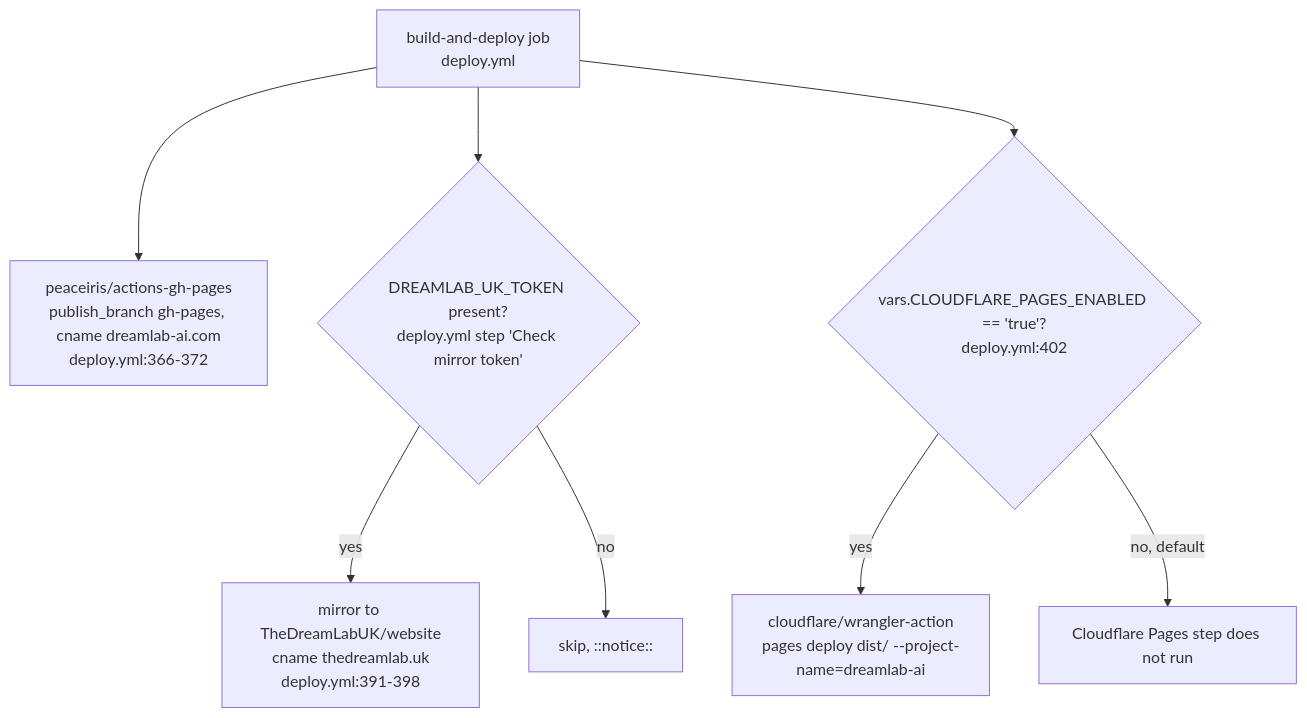
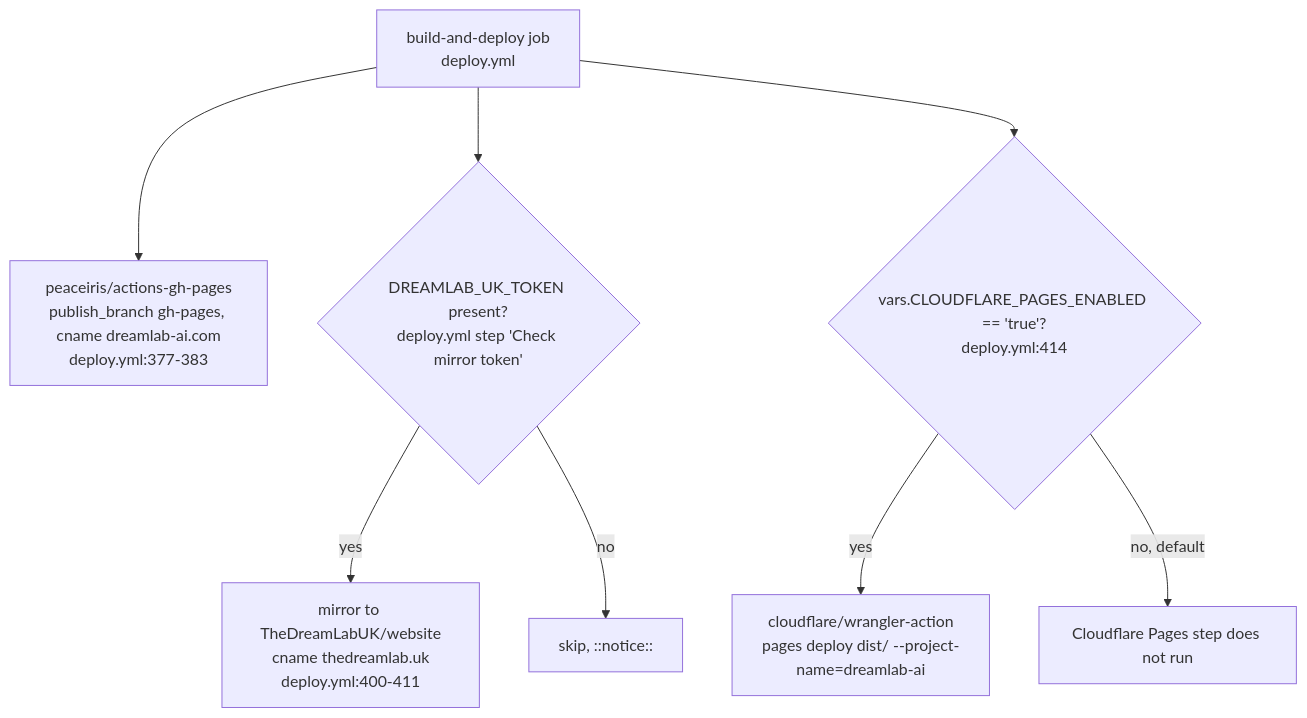
Before and after one commit to DreamLab-AI/VisionFlow: the third of 7 diagrams in docs/diagrams/dreamlab-ai-website/01-repo-composition-and-deploy-topology.md, drawn with Mermaid. The commit also changed other lines of this file and 136 other files, not shown here.

First line of the commit message:
docs(diagrams): refresh the whole corpus to code HEAD and prune low-value diagrams

````diff
--- a/docs/diagrams/dreamlab-ai-website/01-repo-composition-and-deploy-topology.md
+++ b/docs/diagrams/dreamlab-ai-website/01-repo-composition-and-deploy-topology.md
@@ -48,10 +48,10 @@
 ```mermaid
 flowchart TB
-    BUILD["build-and-deploy job<br/>deploy.yml"] --> GHPAGES["peaceiris/actions-gh-pages<br/>publish_branch gh-pages, cname dreamlab-ai.com<br/>deploy.yml:366-372"]
+    BUILD["build-and-deploy job<br/>deploy.yml"] --> GHPAGES["peaceiris/actions-gh-pages<br/>publish_branch gh-pages, cname dreamlab-ai.com<br/>deploy.yml:377-383"]
     BUILD --> MIRROR{"DREAMLAB_UK_TOKEN present?<br/>deploy.yml step 'Check mirror token'"}
-    MIRROR -->|yes| MIRRORDEPLOY["mirror to TheDreamLabUK/website<br/>cname thedreamlab.uk<br/>deploy.yml:391-398"]
+    MIRROR -->|yes| MIRRORDEPLOY["mirror to TheDreamLabUK/website<br/>cname thedreamlab.uk<br/>deploy.yml:400-411"]
     MIRROR -->|no| SKIP["skip, ::notice::"]
-    BUILD --> CFGATE{"vars.CLOUDFLARE_PAGES_ENABLED == 'true'?<br/>deploy.yml:402"}
+    BUILD --> CFGATE{"vars.CLOUDFLARE_PAGES_ENABLED == 'true'?<br/>deploy.yml:414"}
     CFGATE -->|yes| CFPAGES["cloudflare/wrangler-action<br/>pages deploy dist/ --project-name=dreamlab-ai"]
     CFGATE -->|no, default| CFOFF["Cloudflare Pages step does not run"]
 ```
````
